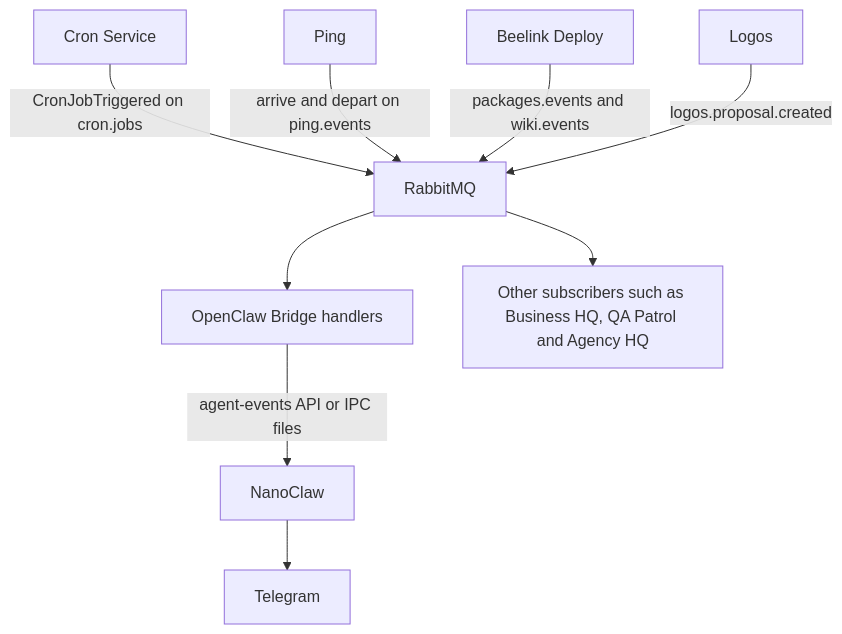
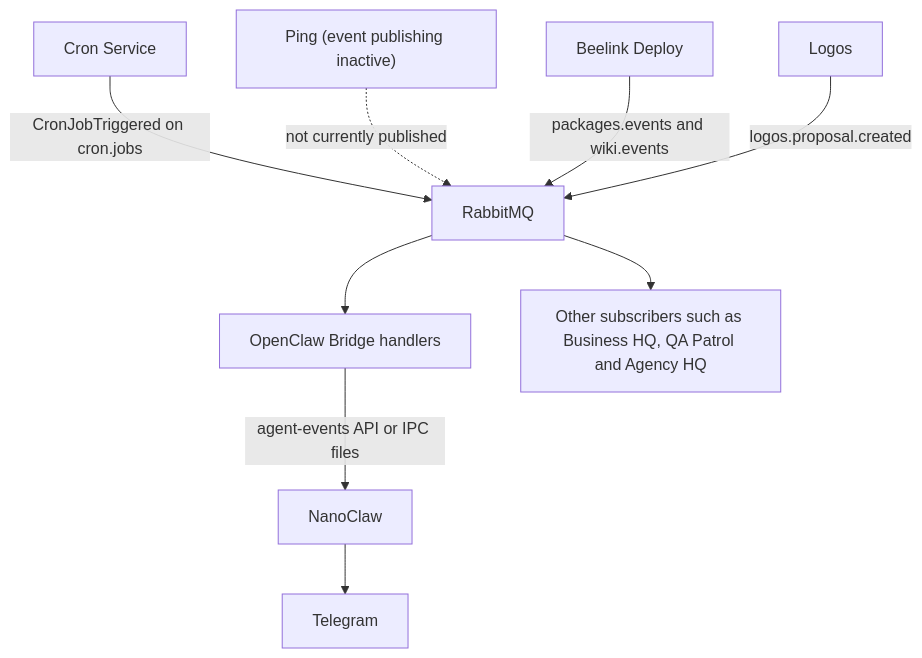
The second of 3 diagrams in content/ecosystem/overview.md (Jeffrey-Keyser/project-wiki), drawn with Mermaid before and after one commit. The commit also changed other lines of this file and 1 other file, not shown here.

````diff
--- a/content/ecosystem/overview.md
+++ b/content/ecosystem/overview.md
@@ -117,11 +119,11 @@
 ```mermaid
 flowchart TB
   cron["Cron Service"] -->|"CronJobTriggered on cron.jobs"| mq["RabbitMQ"]
-  ping["Ping"] -->|"arrive and depart on ping.events"| mq
+  ping["Ping (event publishing inactive)"] -.->|"not currently published"| mq
   deploy["Beelink Deploy"] -->|"packages.events and wiki.events"| mq
   logos["Logos"] -->|"logos.proposal.created"| mq
   mq --> bridge["OpenClaw Bridge handlers"]
   mq --> subs["Other subscribers such as Business HQ, QA Patrol and Agency HQ"]
   bridge -->|"agent-events API or IPC files"| nano["NanoClaw"]
   nano --> tg["Telegram"]
 ```
````
